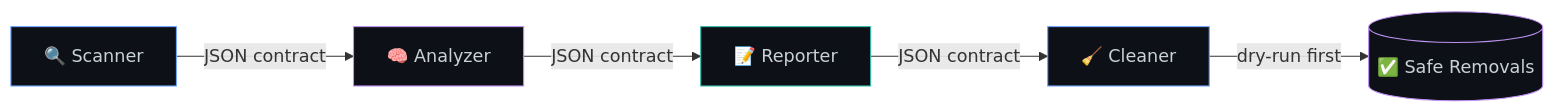
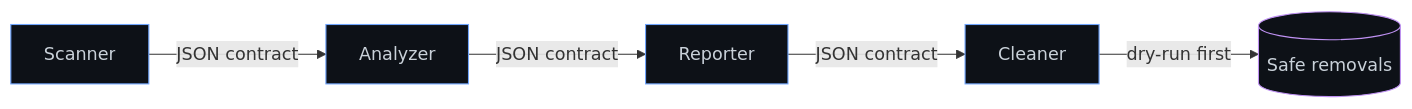
The diagram in README.md (Ashwinmv123/Ashwinmv123), drawn with Mermaid before and after one commit. The commit also changed other lines of this file, not shown here.

````diff
--- a/README.md
+++ b/README.md
@@ -182,12 +157,12 @@
 ```mermaid
 flowchart LR
-    A[🔍 Scanner] -->|JSON contract| B[🧠 Analyzer]
-    B -->|JSON contract| C[📝 Reporter]
-    C -->|JSON contract| D[🧹 Cleaner]
-    D -->|dry-run first| E[(✅ Safe Removals)]
+    A[Scanner] -->|JSON contract| B[Analyzer]
+    B -->|JSON contract| C[Reporter]
+    C -->|JSON contract| D[Cleaner]
+    D -->|dry-run first| E[(Safe removals)]
     style A fill:#0d1117,stroke:#70a5fd,color:#c9d1d9
-    style B fill:#0d1117,stroke:#bf91f3,color:#c9d1d9
-    style C fill:#0d1117,stroke:#38bdae,color:#c9d1d9
+    style B fill:#0d1117,stroke:#70a5fd,color:#c9d1d9
+    style C fill:#0d1117,stroke:#70a5fd,color:#c9d1d9
     style D fill:#0d1117,stroke:#70a5fd,color:#c9d1d9
     style E fill:#0d1117,stroke:#bf91f3,color:#c9d1d9
 ```
````
